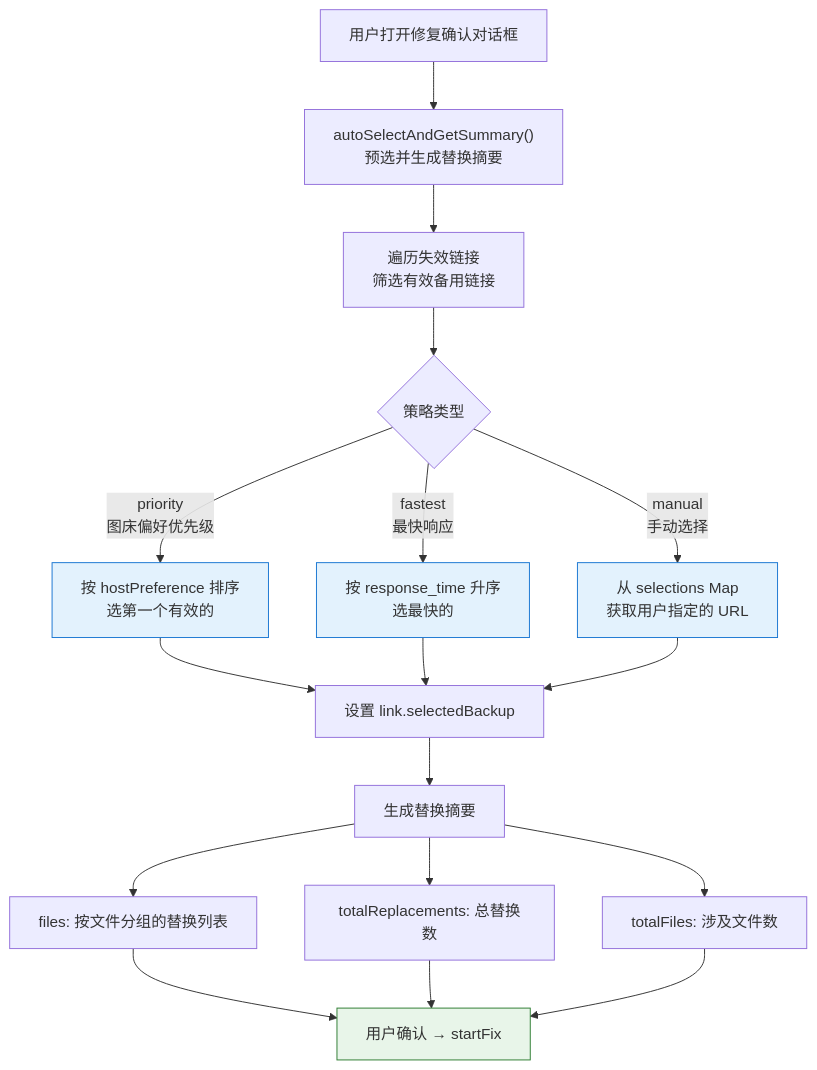
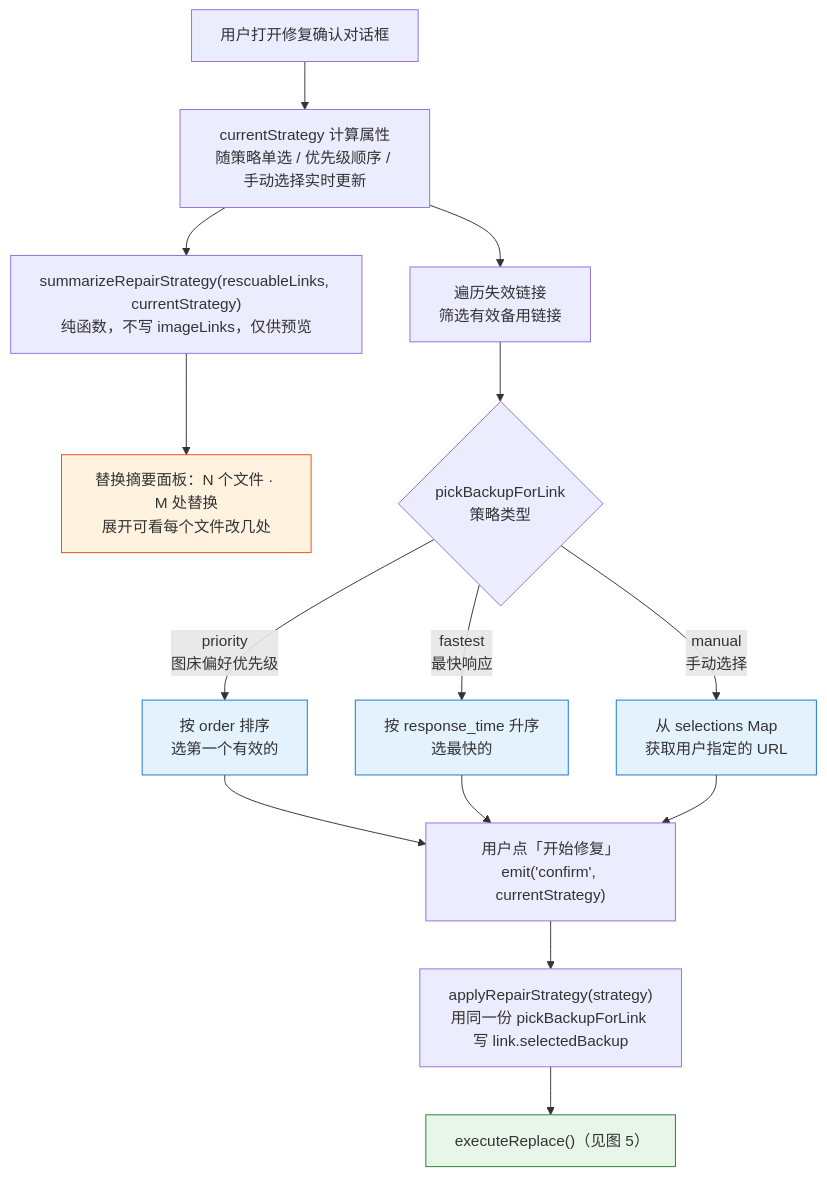
The sixth of 6 diagrams in docs/flows/md-rescue-flow.md (joeyliu6/PicNexus), drawn with Mermaid before and after one commit. The commit also changed other lines of this file and 4 other files, not shown here.

First line of the commit message:
feat(md-rescue): show a live replacement summary in the repair confirm dialog

````diff
--- a/docs/flows/md-rescue-flow.md
+++ b/docs/flows/md-rescue-flow.md
@@ -345,27 +351,26 @@
 ```mermaid
 flowchart TD
-    A["用户打开修复确认对话框"] --> B["autoSelectAndGetSummary()<br/>预选并生成替换摘要"]
+    A["用户打开修复确认对话框"] --> B["currentStrategy 计算属性<br/>随策略单选 / 优先级顺序 / 手动选择实时更新"]
+    B --> S["summarizeRepairStrategy(rescuableLinks, currentStrategy)<br/>纯函数，不写 imageLinks，仅供预览"]
+    S --> S1["替换摘要面板：N 个文件 · M 处替换<br/>展开可看每个文件改几处"]
+
     B --> C["遍历失效链接<br/>筛选有效备用链接"]
+    C --> D{"pickBackupForLink<br/>策略类型"}
 
-    C --> D{策略类型}
-
-    D -- "priority<br/>图床偏好优先级" --> E["按 hostPreference 排序<br/>选第一个有效的"]
+    D -- "priority<br/>图床偏好优先级" --> E["按 order 排序<br/>选第一个有效的"]
     D -- "fastest<br/>最快响应" --> F["按 response_time 升序<br/>选最快的"]
     D -- "manual<br/>手动选择" --> G["从 selections Map<br/>获取用户指定的 URL"]
 
-    E --> H["设置 link.selectedBackup"]
-    F --> H
-    G --> H
+    E --> J["用户点「开始修复」<br/>emit('confirm', currentStrategy)"]
+    F --> J
+    G --> J
 
-    H --> I["生成替换摘要"]
-    I --> I1["files: 按文件分组的替换列表"]
-    I --> I2["totalReplacements: 总替换数"]
-    I --> I3["totalFiles: 涉及文件数"]
-
-    I1 & I2 & I3 --> J["用户确认 → startFix"]
+    J --> K["applyRepairStrategy(strategy)<br/>用同一份 pickBackupForLink 写 link.selectedBackup"]
+    K --> L["executeReplace()（见图 5）"]
 
     style E fill:#e3f2fd,stroke:#1976d2
     style F fill:#e3f2fd,stroke:#1976d2
     style G fill:#e3f2fd,stroke:#1976d2
-    style J fill:#e8f5e9,stroke:#2e7d32
+    style S1 fill:#fff3e0,stroke:#e65100
+    style L fill:#e8f5e9,stroke:#2e7d32
 ```
````
